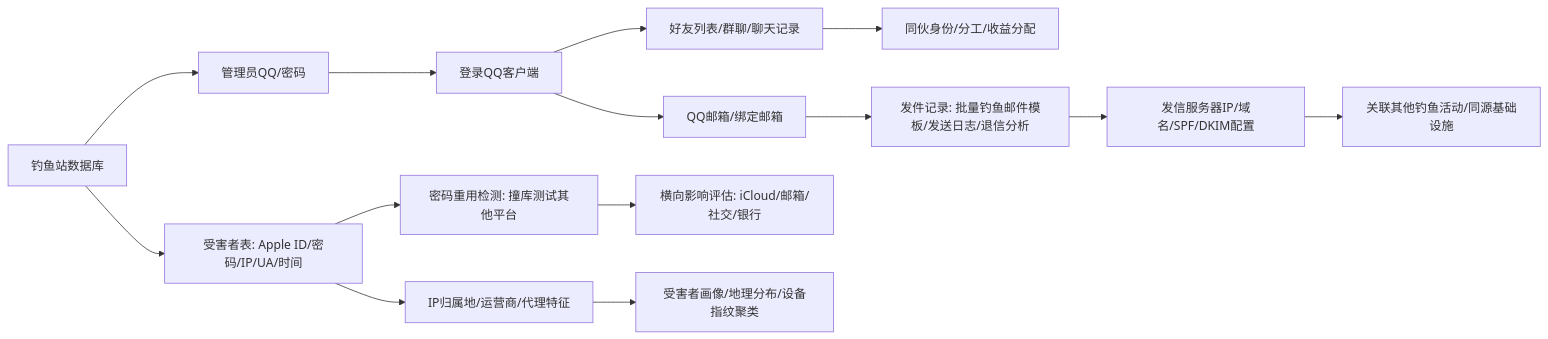
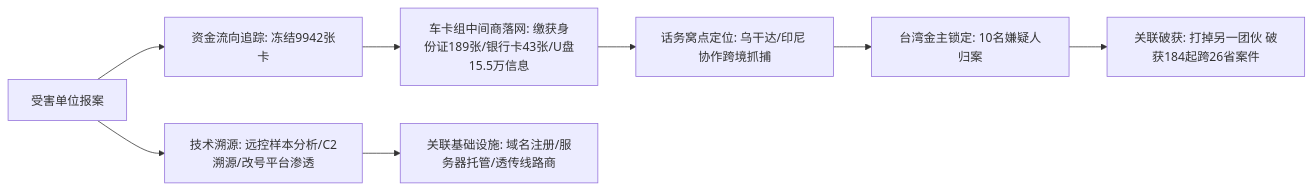
One commit to OpenDocCN1/sec-llm-wiki changed the fourth of 4 diagrams in pages/social-engineering-attack-techniques.md. Above: the diagram before and after it, drawn with Mermaid. The commit also changed other lines of this file and 4 other files, not shown here.

````diff
--- a/pages/social-engineering-attack-techniques.md
+++ b/pages/social-engineering-attack-techniques.md
@@ -192,16 +208,10 @@
 ```mermaid
 graph LR
-A[钓鱼站数据库] --> B[管理员QQ/密码]
-B --> C[登录QQ客户端]
-C --> D[好友列表/群聊/聊天记录]
-D --> E[同伙身份/分工/收益分配]
-C --> F[QQ邮箱/绑定邮箱]
-F --> G[发件记录: 批量钓鱼邮件模板/发送日志/退信分析]
-G --> H[发信服务器IP/域名/SPF/DKIM配置]
-H --> I[关联其他钓鱼活动/同源基础设施]
-A --> J[受害者表: Apple ID/密码/IP/UA/时间]
-J --> K[密码重用检测: 撞库测试其他平台]
-K --> L[横向影响评估: iCloud/邮箱/社交/银行]
-J --> M[IP归属地/运营商/代理特征]
-M --> N[受害者画像/地理分布/设备指纹聚类]
+A[受害单位报案] --> B[资金流向追踪: 冻结9942张卡]
+B --> C[车卡组中间商落网: 缴获身份证189张/银行卡43张/U盘15.5万信息]
+C --> D[话务窝点定位: 乌干达/印尼 协作跨境抓捕]
+D --> E[台湾金主锁定: 10名嫌疑人归案]
+E --> F[关联破获: 打掉另一团伙 破获184起跨26省案件]
+A --> G[技术溯源: 远控样本分析/C2溯源/改号平台渗透]
+G --> H[关联基础设施: 域名注册/服务器托管/透传线路商]
 ```
````
